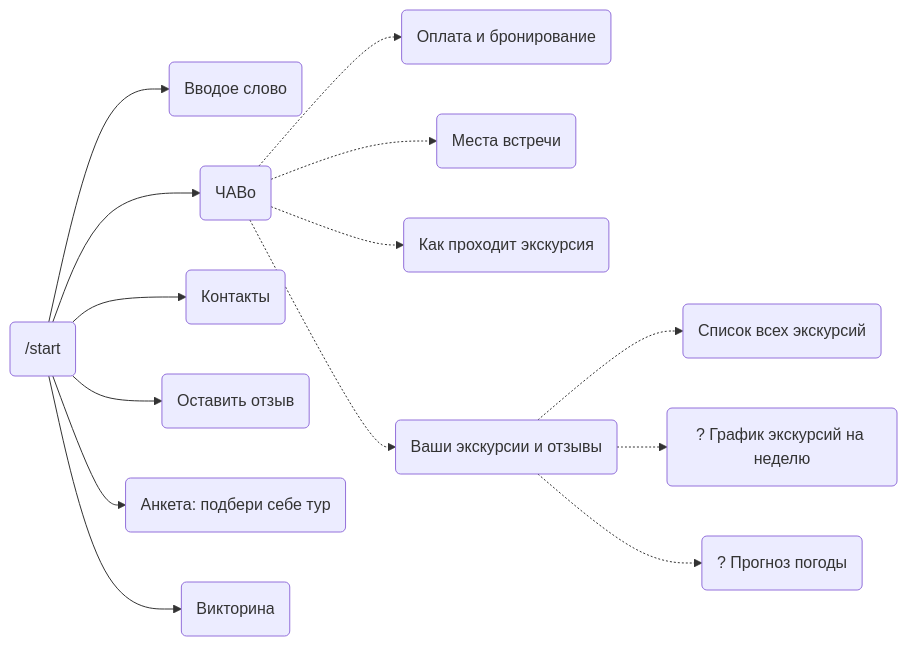
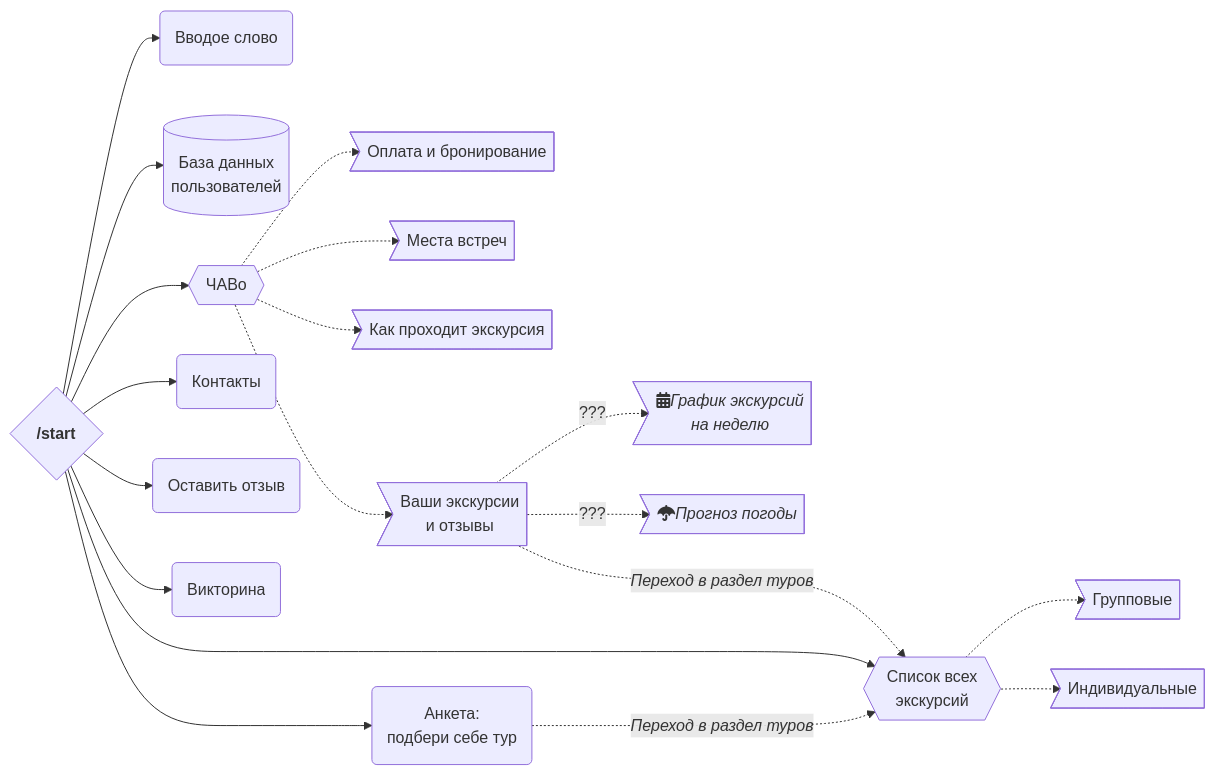
One commit to tropintropin/telegram_bot_peshehod_chat changed the diagram in README.md. Above: the diagram before and after it, drawn with Mermaid.

````diff
--- a/README.md
+++ b/README.md
@@ -37,17 +37,22 @@
 ```mermaid
 graph LR
-    id0(/start)
+    id0{<strong>/start</strong>}
     id0 --> id1(Вводое слово)
-    id0 --> id2(ЧАВо)
-        id2 -.-> id20(Оплата и бронирование)
-        id2 -.-> id21(Места встречи)
-        id2 -.-> id22(Как проходит экскурсия)
-        id2 -.-> id23(Ваши экскурсии и отзывы)
-            id23 -.-> id231(Список всех экскурсий)
-            id23 -.-> id232(? График экскурсий на неделю)
-            id23 -.-> id230(? Прогноз погоды)
+    id0 --> id8[(База данных<br>пользователей)]
+    id0 --> id2{{ЧАВо}}
+        id2 -.-> id20>Оплата и бронирование]
+        id2 -.-> id21>Места встреч]
+        id2 -.-> id22>Как проходит экскурсия]
+        id2 -.-> id23>Ваши экскурсии<br>и отзывы]
+            id23 -.->|???| id232>fa:fa-calendar-alt<i>График экскурсий<br>на неделю</i>]
+            id23 -.->|???| id230>fa:fa-umbrella<i>Прогноз погоды</i>]
+            id23 -..->|<i>Переход в раздел туров</i>| id7
+    id0 --> id7{{Список всех<br>экскурсий}}
+        id7 -.-> id71>Групповые]
+        id7 -.-> id72>Индивидуальные]
     id0 --> id3(Контакты)
     id0 --> id4(Оставить отзыв)
-    id0 --> id5(Анкета: подбери себе тур)
+    id0 --> id5(Анкета:<br>подбери себе тур)
+        id5 -..->|<i>Переход в раздел туров</i>| id7
     id0 --> id6(Викторина)
 ```
````
